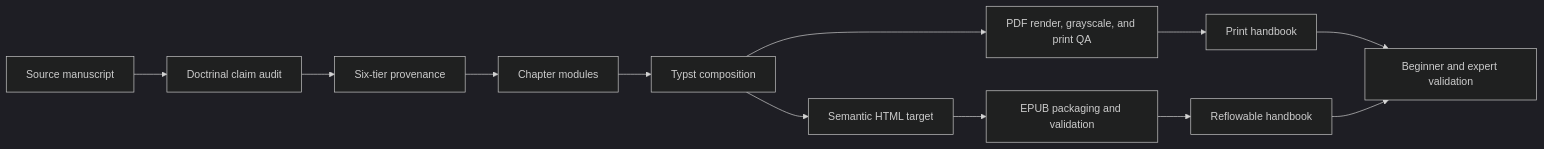
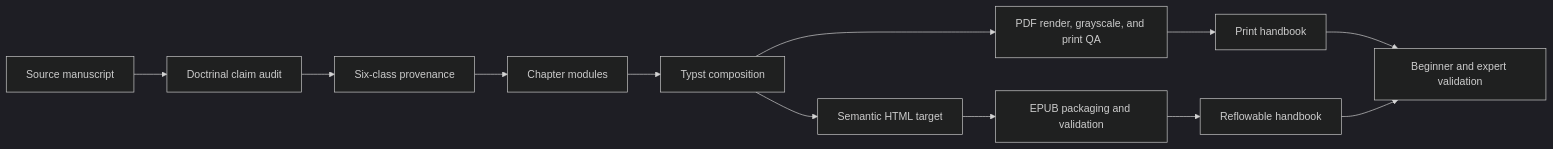
The first of 5 diagrams in AGENTS.md (streamentry/streamentry), drawn with Mermaid (dark theme) before and after one commit. The commit also changed other lines of this file and 45 other files, not shown here.

````diff
--- a/AGENTS.md
+++ b/AGENTS.md
@@ -44,14 +53,14 @@
 ```mermaid
 flowchart LR
   A["Source manuscript"] --> B["Doctrinal claim audit"]
-  B --> C["Six-tier provenance"]
+  B --> C["Six-class provenance"]
   C --> D["Chapter modules"]
   D --> E["Typst composition"]
   E --> F["PDF render, grayscale, and print QA"]
   E --> H["Semantic HTML target"]
   H --> I["EPUB packaging and validation"]
   F --> G["Print handbook"]
   I --> J["Reflowable handbook"]
   G --> K["Beginner and expert validation"]
   J --> K
 ```
````
